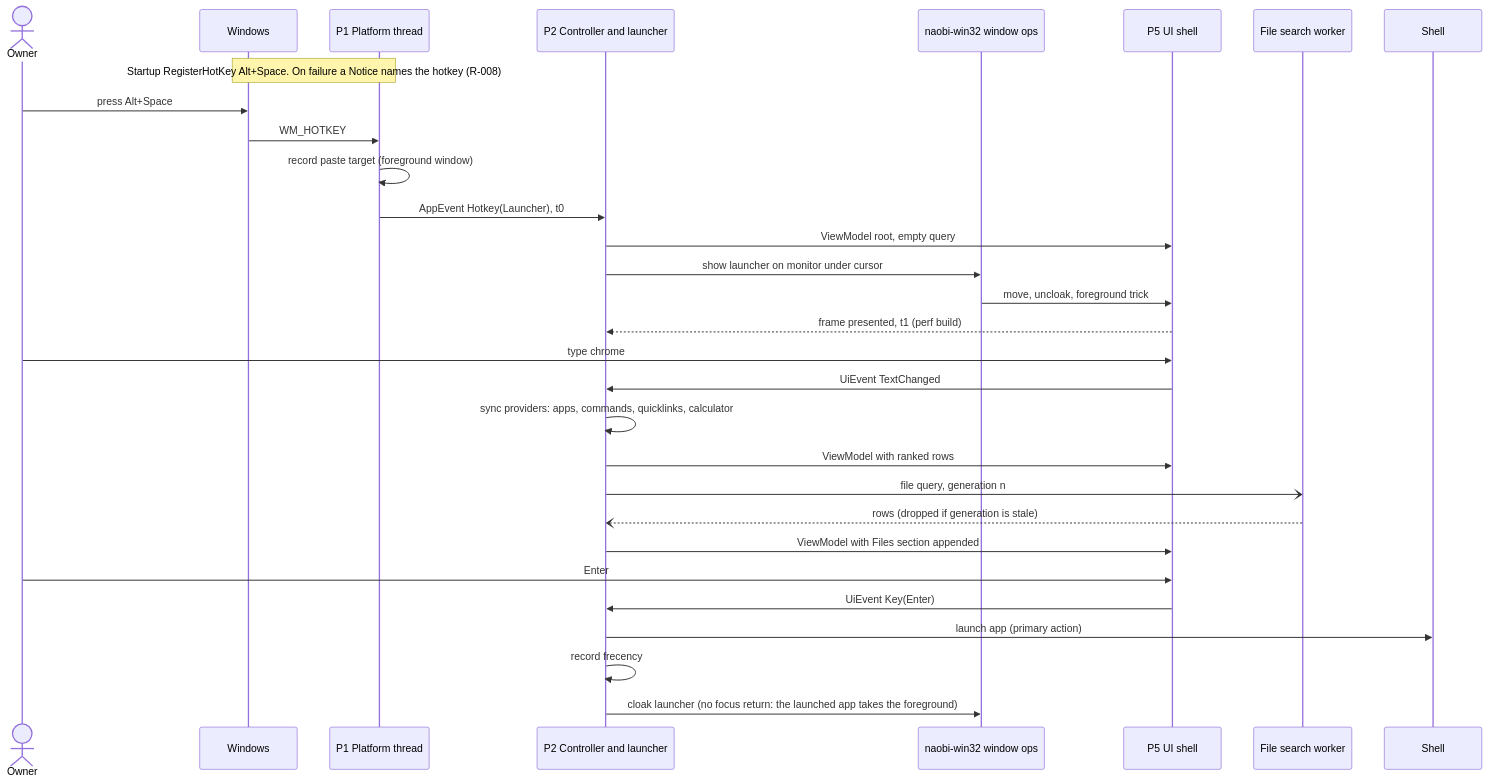
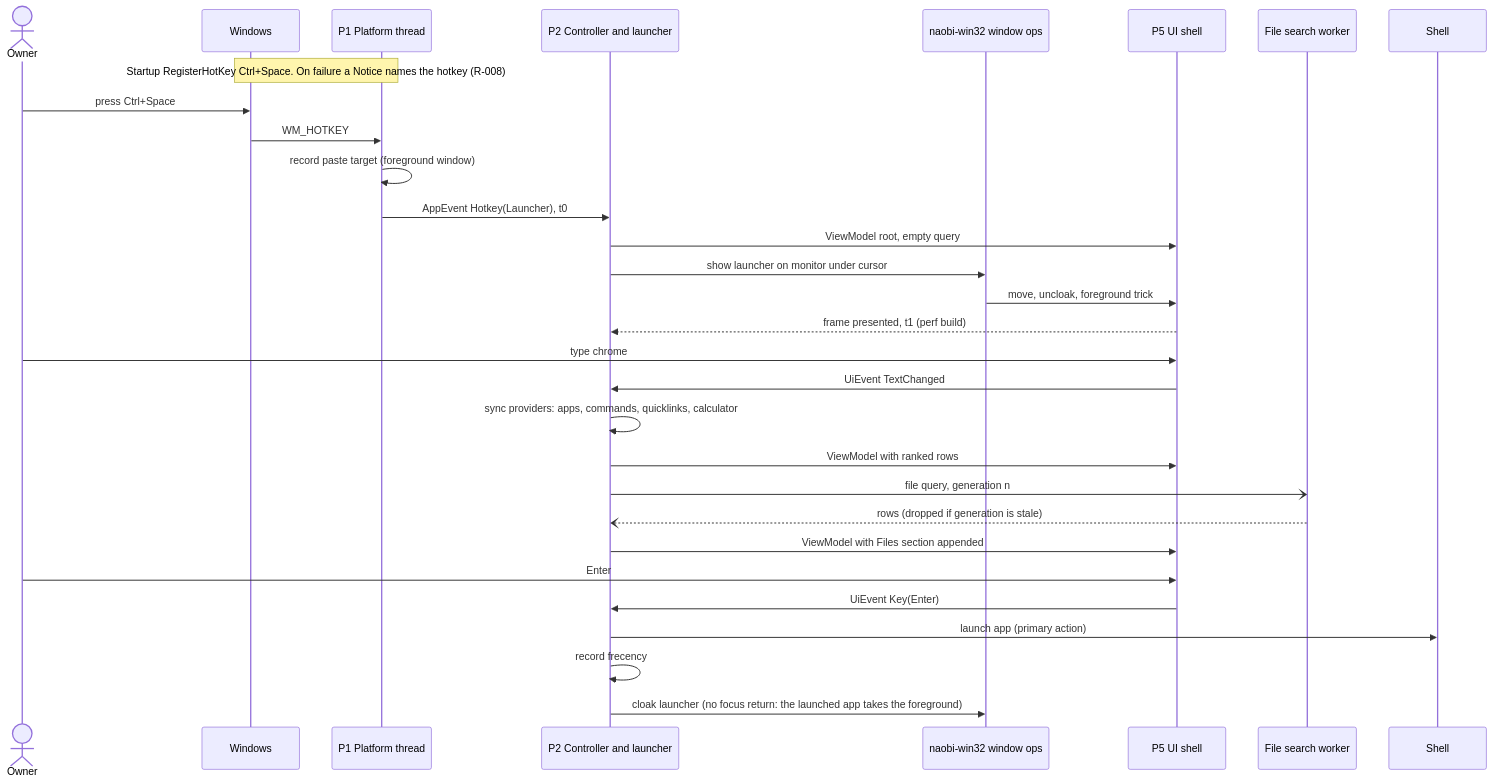
Before and after one commit to mrraihan29/naobi-command: the diagram in docs/diagrams/seq-hotkey-to-launch.mmd, drawn with Mermaid. The commit also changed 22 other files, not shown here.

Commit message:
feat(core): the launcher hotkey defaults to Ctrl+Space (R-008 text and tier 2 injection follow)

```diff
--- a/docs/diagrams/seq-hotkey-to-launch.mmd
+++ b/docs/diagrams/seq-hotkey-to-launch.mmd
@@ -1,30 +1,30 @@
 sequenceDiagram
   actor O as Owner
   participant W as Windows
   participant P as P1 Platform thread
   participant C as P2 Controller and launcher
   participant X as naobi-win32 window ops
   participant U as P5 UI shell
   participant F as File search worker
   participant S as Shell
-  Note over P,W: Startup RegisterHotKey Alt+Space. On failure a Notice names the hotkey (R-008)
-  O->>W: press Alt+Space
+  Note over P,W: Startup RegisterHotKey Ctrl+Space. On failure a Notice names the hotkey (R-008)
+  O->>W: press Ctrl+Space
   W->>P: WM_HOTKEY
   P->>P: record paste target (foreground window)
   P->>C: AppEvent Hotkey(Launcher), t0
   C->>U: ViewModel root, empty query
   C->>X: show launcher on monitor under cursor
   X->>U: move, uncloak, foreground trick
   U-->>C: frame presented, t1 (perf build)
   O->>U: type chrome
   U->>C: UiEvent TextChanged
   C->>C: sync providers: apps, commands, quicklinks, calculator
   C->>U: ViewModel with ranked rows
   C-)F: file query, generation n
   F--)C: rows (dropped if generation is stale)
   C->>U: ViewModel with Files section appended
   O->>U: Enter
   U->>C: UiEvent Key(Enter)
   C->>S: launch app (primary action)
   C->>C: record frecency
   C->>X: cloak launcher (no focus return: the launched app takes the foreground)
```
